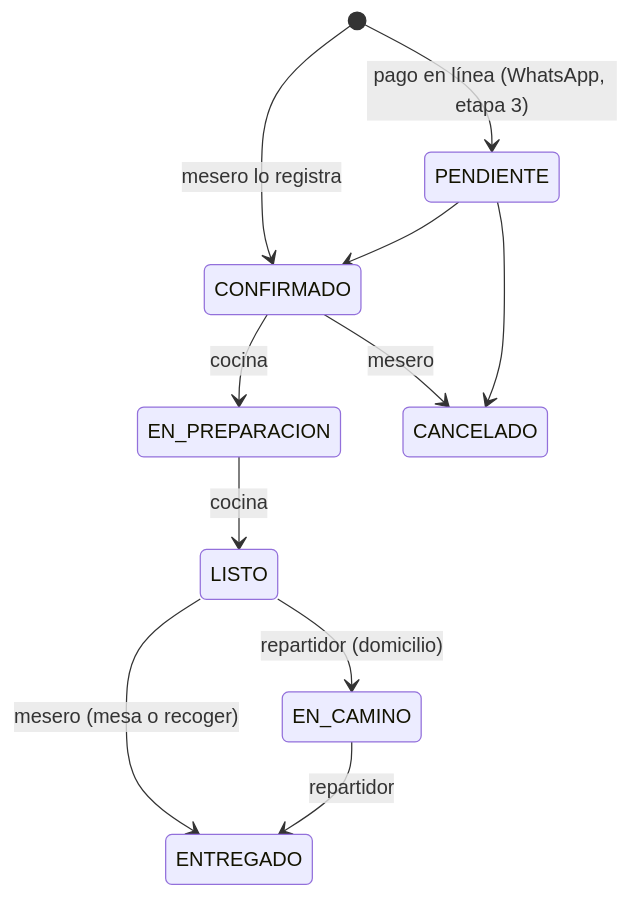
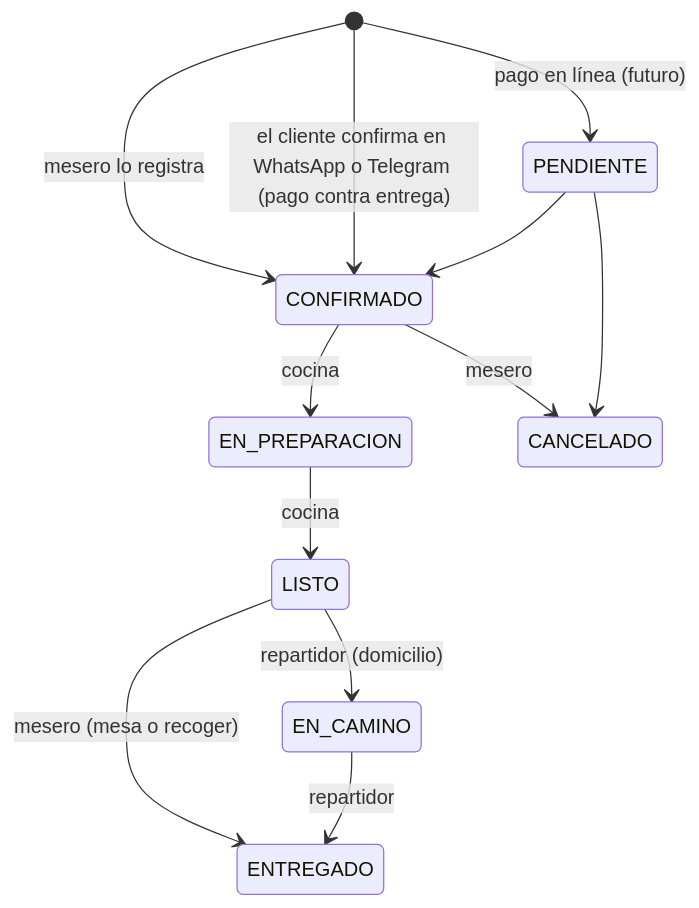
The diagram in docs/arquitectura.md (santrix12G/sistema-gestion-restaurante), drawn with Mermaid before and after one commit. The commit also changed other lines of this file and 65 other files, not shown here.

First line of the commit message:
Chatbot de WhatsApp y Telegram, cocina en tiempo real y domicilios

````diff
--- a/docs/arquitectura.md
+++ b/docs/arquitectura.md
@@ -34,13 +47,14 @@
 ```mermaid
 stateDiagram-v2
     [*] --> CONFIRMADO: mesero lo registra
-    [*] --> PENDIENTE: pago en línea (WhatsApp, etapa 3)
+    [*] --> CONFIRMADO: el cliente confirma en WhatsApp o Telegram (pago contra entrega)
+    [*] --> PENDIENTE: pago en línea (futuro)
     PENDIENTE --> CONFIRMADO
     PENDIENTE --> CANCELADO
     CONFIRMADO --> EN_PREPARACION: cocina
     CONFIRMADO --> CANCELADO: mesero
     EN_PREPARACION --> LISTO: cocina
     LISTO --> ENTREGADO: mesero (mesa o recoger)
     LISTO --> EN_CAMINO: repartidor (domicilio)
     EN_CAMINO --> ENTREGADO: repartidor
 ```
````
